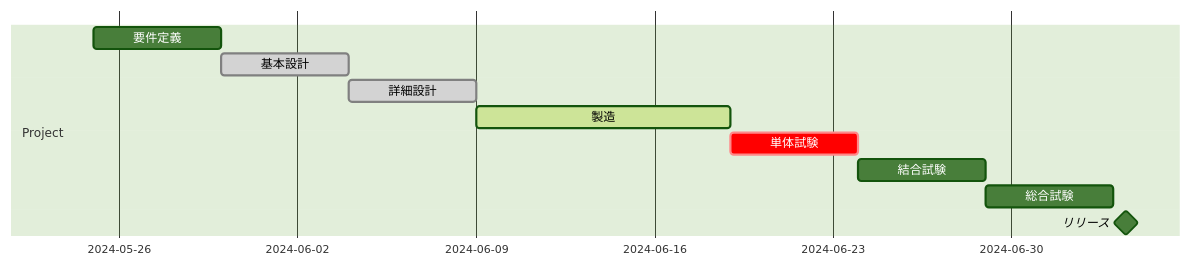
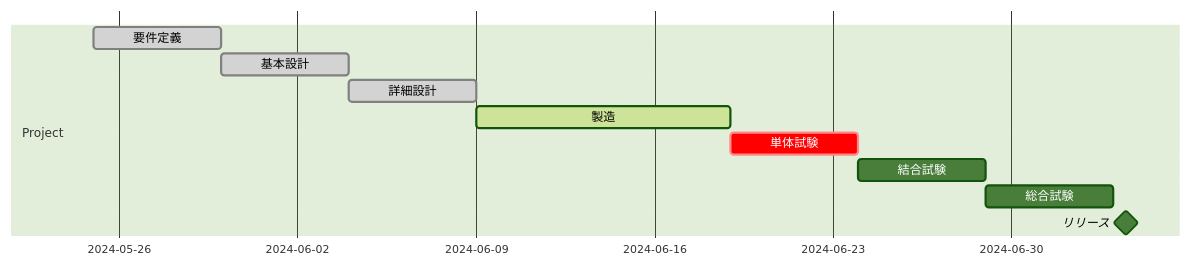
One commit to kenjinote/kenji.blog changed the second of 2 diagrams in content/posts/mermaid.jsを試してみる/index.md. Above: the diagram before and after it, drawn with Mermaid (forest theme). The commit also changed other lines of this file, not shown here.

Commit message:
記事更新(mermaid)

```diff
--- a/content/posts/mermaid.jsを試してみる/index.md
+++ b/content/posts/mermaid.jsを試してみる/index.md
@@ -91,12 +91,12 @@
 {{<mermaid align="center">}}
 gantt
 section Project
-要件定義 :           a, 2024-05-25, 5d
+要件定義 :done,      a, 2024-05-25, 5d
 基本設計 :done,      b, after a,    5d
 詳細設計 :done,      c, after b,    5d
 製造    :active,    d, after c,    10d
 単体試験 :crit,      e, after d,    5d
 結合試験 :           f, after e,    5d
 総合試験 :           g, after f,    5d
 リリース :milestone, h, after g,    1d
 {{</mermaid>}}
```
